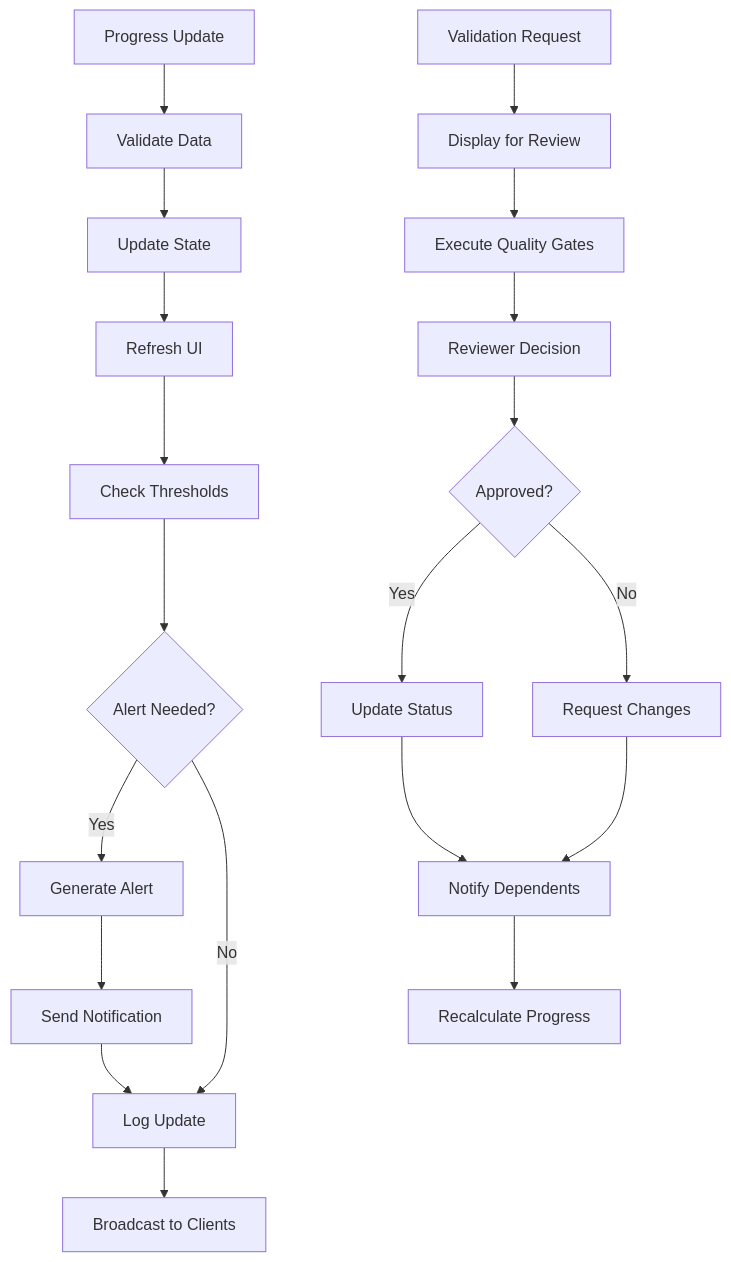
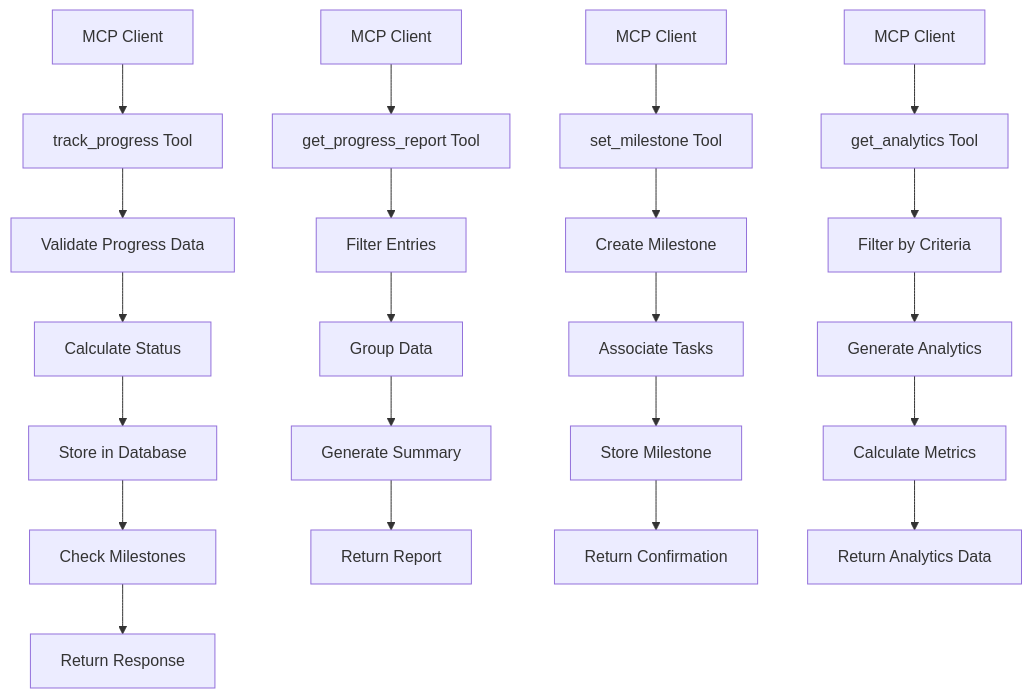
Before and after one commit to vuxtra/mcp-jive: the diagram in .trae/documents/PROGRESS_TRACKING_DASHBOARD_PRD.md, drawn with Mermaid. The commit also changed other lines of this file and 14 other files, not shown here.

````diff
--- a/.trae/documents/PROGRESS_TRACKING_DASHBOARD_PRD.md
+++ b/.trae/documents/PROGRESS_TRACKING_DASHBOARD_PRD.md
@@ -108,23 +112,27 @@
 ```mermaid
 graph TD
-    A[Progress Update] --> B[Validate Data]
-    B --> C[Update State]
-    C --> D[Refresh UI]
-    D --> E[Check Thresholds]
-    E --> F{Alert Needed?}
-    F -->|Yes| G[Generate Alert]
-    F -->|No| H[Log Update]
-    G --> I[Send Notification]
-    I --> H
-    H --> J[Broadcast to Clients]
+    A[MCP Client] --> B[track_progress Tool]
+    B --> C[Validate Progress Data]
+    C --> D[Calculate Status]
+    D --> E[Store in Database]
+    E --> F[Check Milestones]
+    F --> G[Return Response]
     
-    K[Validation Request] --> L[Display for Review]
-    L --> M[Execute Quality Gates]
-    M --> N[Reviewer Decision]
-    N --> O{Approved?}
-    O -->|Yes| P[Update Status]
-    O -->|No| Q[Request Changes]
-    P --> R[Notify Dependents]
-    Q --> R
-    R --> S[Recalculate Progress]
+    H[MCP Client] --> I[get_progress_report Tool]
+    I --> J[Filter Entries]
+    J --> K[Group Data]
+    K --> L[Generate Summary]
+    L --> M[Return Report]
+    
+    N[MCP Client] --> O[set_milestone Tool]
+    O --> P[Create Milestone]
+    P --> Q[Associate Tasks]
+    Q --> R[Store Milestone]
+    R --> S[Return Confirmation]
+    
+    T[MCP Client] --> U[get_analytics Tool]
+    U --> V[Filter by Criteria]
+    V --> W[Generate Analytics]
+    W --> X[Calculate Metrics]
+    X --> Y[Return Analytics Data]
 ```
````
